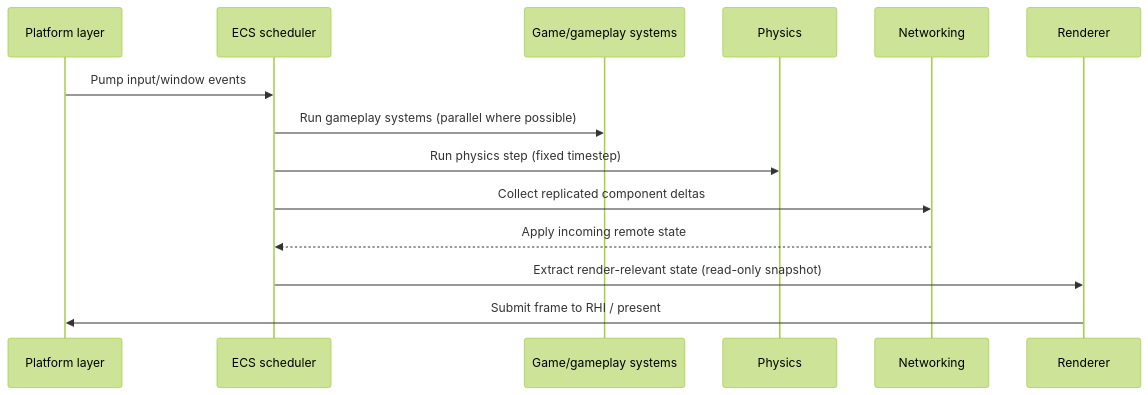
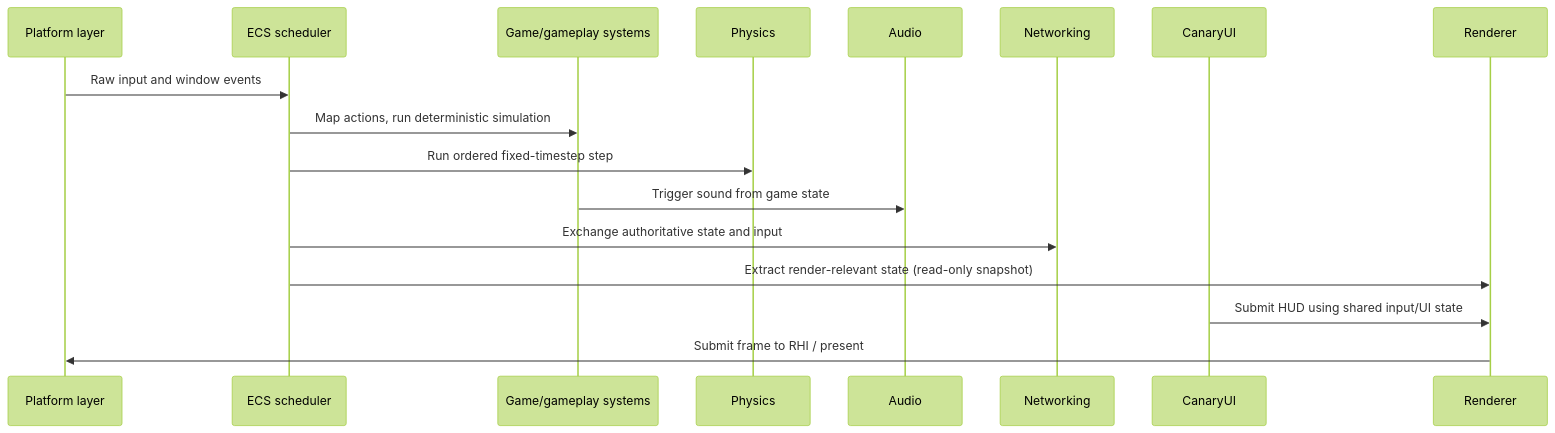
The second of 2 diagrams in docs/architecture/engine-overview.md (HylightGames/canary), drawn with Mermaid (forest theme) before and after one commit. The commit also changed other lines of this file and 17 other files, not shown here.

Commit message:
docs(roadmap): clarify contributor handoff and long-term plan

````diff
--- a/docs/architecture/engine-overview.md
+++ b/docs/architecture/engine-overview.md
@@ -110,17 +114,20 @@
 ```mermaid
 sequenceDiagram
     participant Platform as Platform layer
     participant ECS as ECS scheduler
     participant Game as Game/gameplay systems
     participant Phys as Physics
+    participant Audio as Audio
     participant Net as Networking
+    participant UI as CanaryUI
     participant Render as Renderer
 
-    Platform->>ECS: Pump input/window events
-    ECS->>Game: Run gameplay systems (parallel where possible)
-    ECS->>Phys: Run physics step (fixed timestep)
-    ECS->>Net: Collect replicated component deltas
-    Net-->>ECS: Apply incoming remote state
+    Platform->>ECS: Raw input and window events
+    ECS->>Game: Map actions, run deterministic simulation
+    ECS->>Phys: Run ordered fixed-timestep step
+    Game->>Audio: Trigger sound from game state
+    ECS->>Net: Exchange authoritative state and input
     ECS->>Render: Extract render-relevant state (read-only snapshot)
+    UI->>Render: Submit HUD using shared input/UI state
     Render->>Platform: Submit frame to RHI / present
 ```
````
